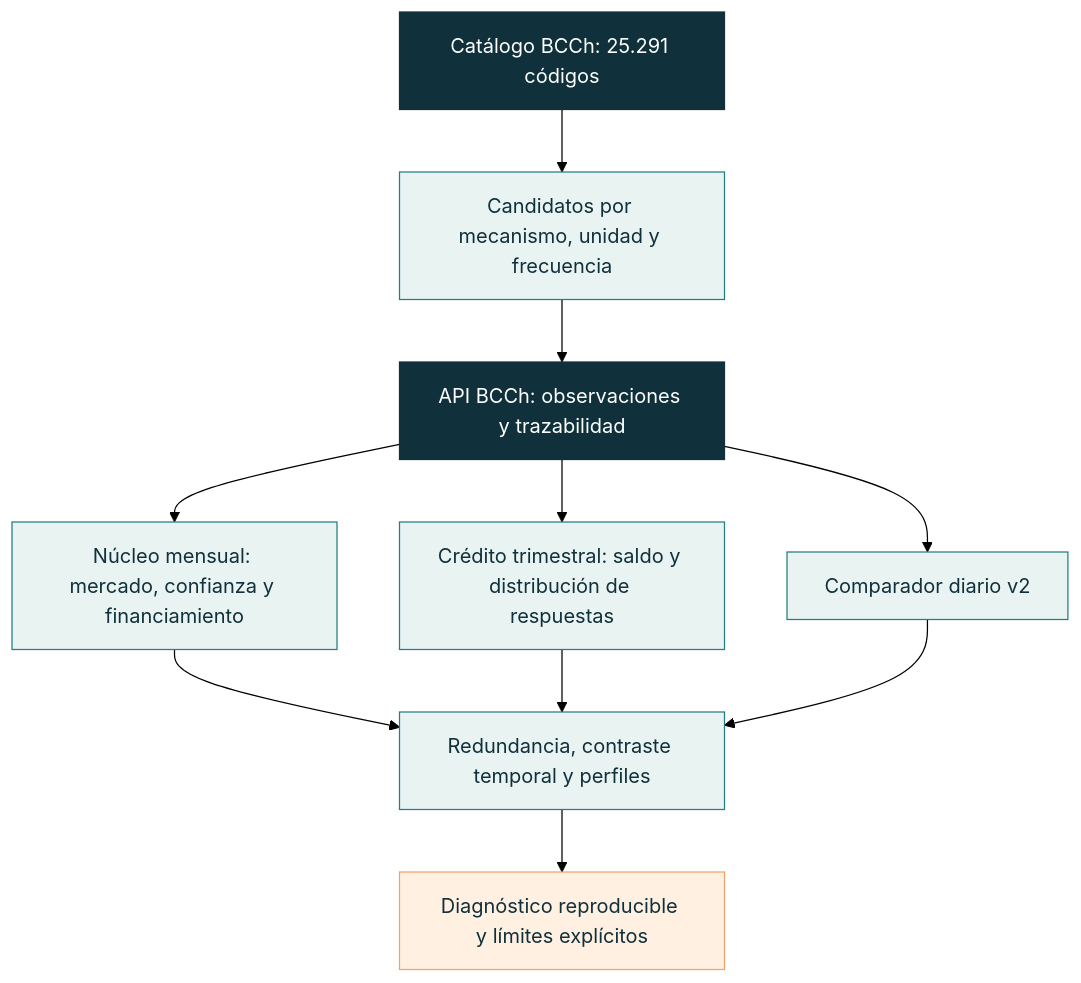
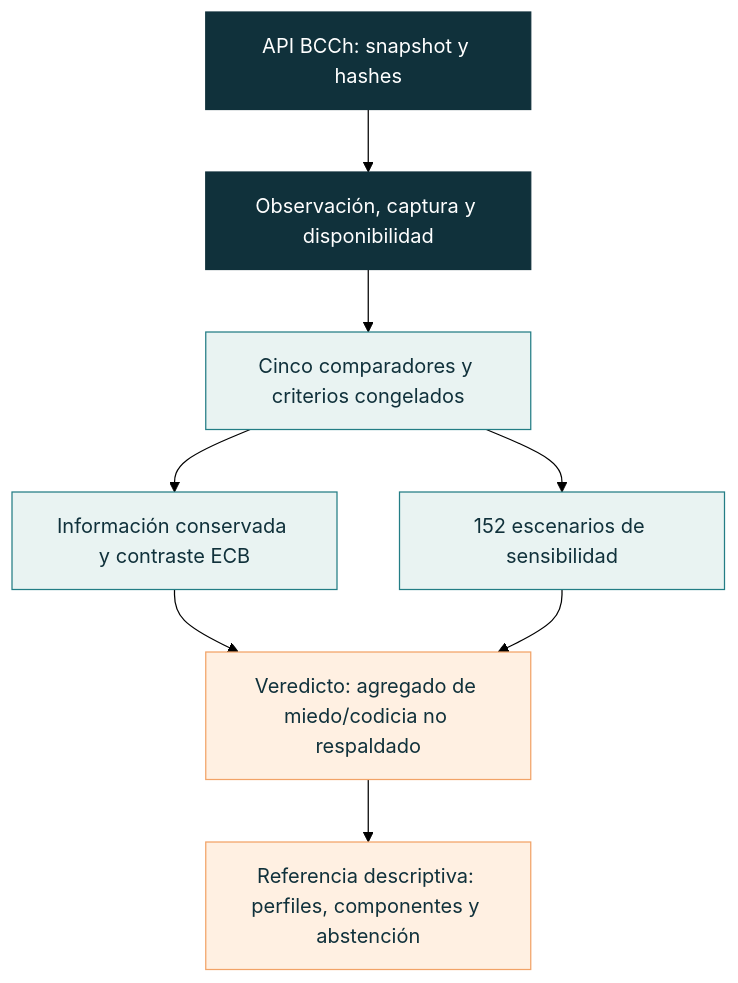
The diagram in README.md (LautaroParada/Indice-de-miedo-y-codicia), drawn with Mermaid (forest theme) before and after one commit. The commit also changed other lines of this file and 114 other files, not shown here.

Commit message:
Close BCCh methodological campaign with negative aggregate verdict and reproducible evidence

````diff
--- a/README.md
+++ b/README.md
@@ -99,18 +122,16 @@
 ```mermaid
 flowchart TD
-    A["Catálogo BCCh: 25.291 códigos"] --> B["Candidatos por mecanismo, unidad y frecuencia"]
-    B --> C["API BCCh: observaciones y trazabilidad"]
-    C --> D["Núcleo mensual: mercado, confianza y financiamiento"]
-    C --> E["Crédito trimestral: saldo y distribución de respuestas"]
-    C --> F["Comparador diario v2"]
-    D --> G["Redundancia, contraste temporal y perfiles"]
-    E --> G
-    F --> G
-    G --> H["Diagnóstico reproducible y límites explícitos"]
+    A["API BCCh: snapshot y hashes"] --> B["Observación, captura y disponibilidad"]
+    B --> C["Cinco comparadores y criterios congelados"]
+    C --> D["Información conservada y contraste ECB"]
+    C --> E["152 escenarios de sensibilidad"]
+    D --> F["Veredicto: agregado de miedo/codicia no respaldado"]
+    E --> F
+    F --> G["Referencia descriptiva: perfiles, componentes y abstención"]
     classDef source fill:#10313b,color:#fff,stroke:#10313b;
     classDef analysis fill:#e9f3f2,color:#10313b,stroke:#237d85;
-    classDef output fill:#fff0e2,color:#10313b,stroke:#f2a367;
-    class A,C source;
-    class B,D,E,F,G analysis;
-    class H output;
+    classDef result fill:#fff0e2,color:#10313b,stroke:#f2a367;
+    class A,B source;
+    class C,D,E analysis;
+    class F,G result;
 ```
````
